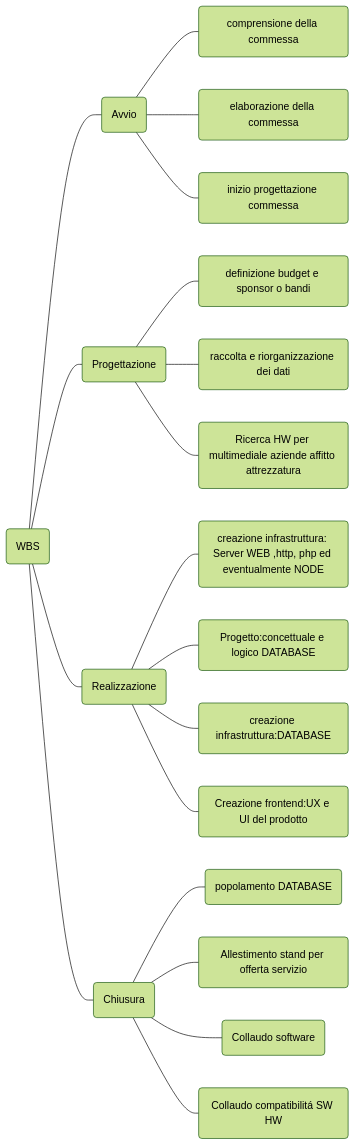
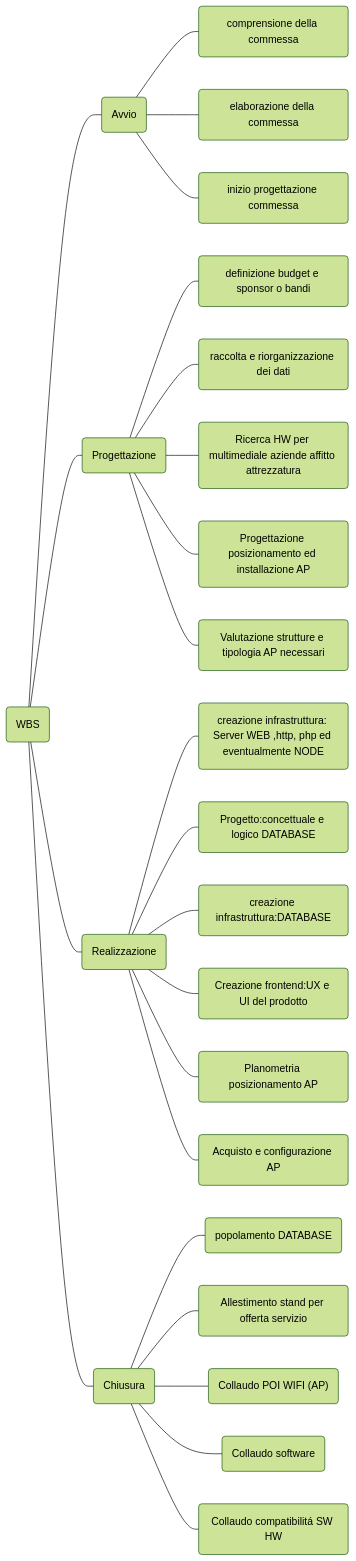
One commit to Iprite127/POI-WiFi changed the diagram in WBS.md. Above: the diagram before and after it, drawn with Mermaid (forest theme). The commit also changed 1 other file, not shown here.

Commit message:
aggiunta AP
Aiuto da parte di AMOS da remoto

````diff
--- a/WBS.md
+++ b/WBS.md
@@ -1,26 +1,32 @@
 ```mermaid
 graph LR
     start(WBS) --- A(Avvio)
     A(Avvio) --- A1(comprensione della commessa)
     A(Avvio) --- A2(elaborazione della commessa)
     A(Avvio) --- A3(inizio progettazione commessa)
 
     start(WBS) --- B(Progettazione)
     B(Progettazione) --- B1(definizione budget e sponsor o bandi)
     B(Progettazione) --- B2(raccolta e riorganizzazione dei dati)
     B(Progettazione) --- B3(Ricerca HW per multimediale aziende affitto attrezzatura)
+    B(Progettazione) --- B4(Progettazione posizionamento ed installazione AP)
+    B(Progettazione) --- B5(Valutazione strutture e tipologia AP necessari)
+
 
 
     start(WBS) --- C(Realizzazione)
     C(Realizzazione) --- C1("creazione infrastruttura: Server WEB ,http, php ed eventualmente NODE")
     C(Realizzazione) --- C2("Progetto:concettuale e logico DATABASE")
     C(Realizzazione) --- C3(creazione infrastruttura:DATABASE)
     C(Realizzazione) --- C4("Creazione frontend:UX e UI del prodotto")
+    C(Realizzazione) --- C5("Planometria posizionamento AP")
+    C(Realizzazione) --- C6("Acquisto e configurazione AP")
 
 
     start(WBS) --- D(Chiusura)
     D(Chiusura) --- D1(popolamento DATABASE)
     D(Chiusura) --- D2(Allestimento stand per offerta servizio)
-    D(Chiusura) --- D3(Collaudo software)
-    D(Chiusura) --- D4(Collaudo compatibilitá SW HW)
+    D(Chiusura) --- D3("Collaudo POI WIFI (AP)")
+    D(Chiusura) --- D4(Collaudo software )
+    D(Chiusura) --- D5(Collaudo compatibilitá SW HW)
 ```
````
